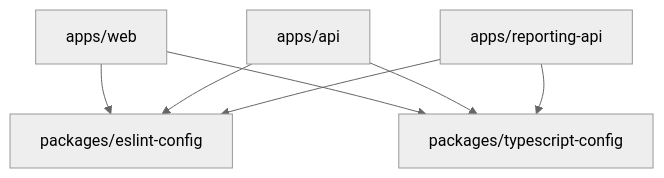
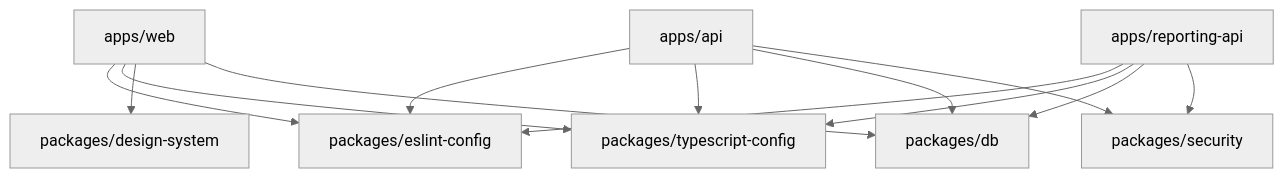
One commit to hlebtkachenko/analytics changed the third of 4 diagrams in ARCHITECTURE.md. Above: the diagram before and after it, drawn with Mermaid (neutral theme). The commit also changed other lines of this file and 160 other files, not shown here.

````diff
--- a/ARCHITECTURE.md
+++ b/ARCHITECTURE.md
@@ -50,15 +57,24 @@
 ```mermaid
 flowchart TD
   web[apps/web]
   api[apps/api]
   reporting[apps/reporting-api]
+  design[packages/design-system]
+  db[packages/db]
+  security[packages/security]
   eslint[packages/eslint-config]
   typescript[packages/typescript-config]
 
   web --> eslint
   web --> typescript
+  web --> design
+  web --> db
   api --> eslint
   api --> typescript
+  api --> db
+  api --> security
   reporting --> eslint
   reporting --> typescript
+  reporting --> db
+  reporting --> security
 ```
````
